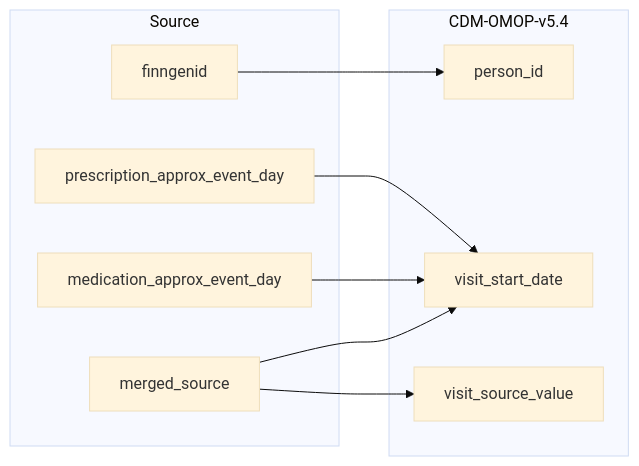
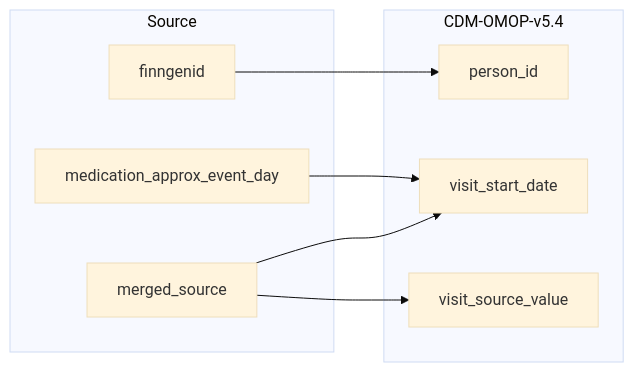
One commit to FINNGEN/ETL changed the diagram in 2_etl_specifications/documentation/drug_events_to_visit_occurrence.md. Above: the diagram before and after it, drawn with Mermaid. The commit also changed other lines of this file and 1 other file, not shown here.

Commit message:
Changed Drug Events documenation to reflect that prescription is not used

````diff
--- a/2_etl_specifications/documentation/drug_events_to_visit_occurrence.md
+++ b/2_etl_specifications/documentation/drug_events_to_visit_occurrence.md
@@ -10,23 +10,21 @@
 ```mermaid
 %%{init: {'theme': 'base' } }%%
 %%{init: {'theme': 'base' } }%%
 flowchart LR
     subgraph Source
         finngenid
-        prescription_approx_event_day
         medication_approx_event_day
         merged_source
     end
 
     subgraph CDM-OMOP-v5.4
         person_id
         visit_start_date
         visit_source_value
     end
 
     finngenid-->person_id
     merged_source-->visit_start_date
-    prescription_approx_event_day-->visit_start_date
     medication_approx_event_day-->visit_start_date
     merged_source-->visit_source_value
 ```
````
